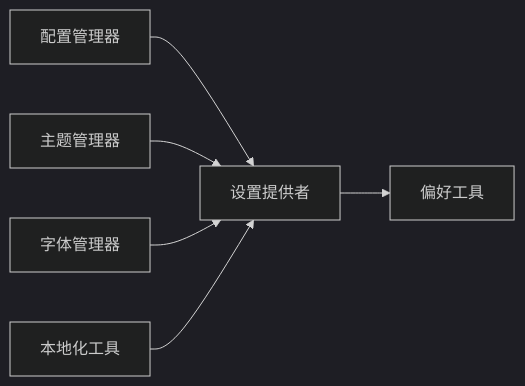
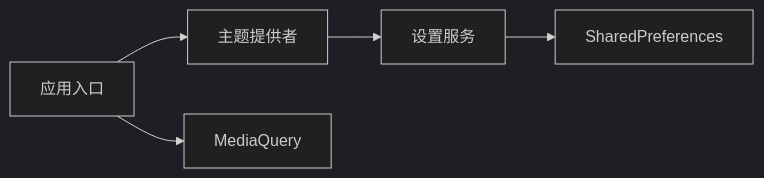
Before and after one commit to ZhangGHGitHub/LegadoTeamFlutter: the sixth of 6 diagrams in .qoder/repowiki/zh/content/Flutter跨平台应用/状态管理/设置Provider.md, drawn with Mermaid (dark theme). The commit also changed other lines of this file and 173 other files, not shown here.

````diff
--- a/.qoder/repowiki/zh/content/Flutter跨平台应用/状态管理/设置Provider.md
+++ b/.qoder/repowiki/zh/content/Flutter跨平台应用/状态管理/设置Provider.md
@@ -346,8 +245,7 @@
 ```mermaid
 graph LR
-SP["设置提供者"] --> PU["偏好工具"]
-CM["配置管理器"] --> SP
-TM["主题管理器"] --> SP
-FM["字体管理器"] --> SP
-LH["本地化工具"] --> SP
+SS["设置服务"] --> SP["SharedPreferences"]
+TP["主题提供者"] --> SS
+LA["应用入口"] --> TP
+LA --> MQ["MediaQuery"]
 ```
````
